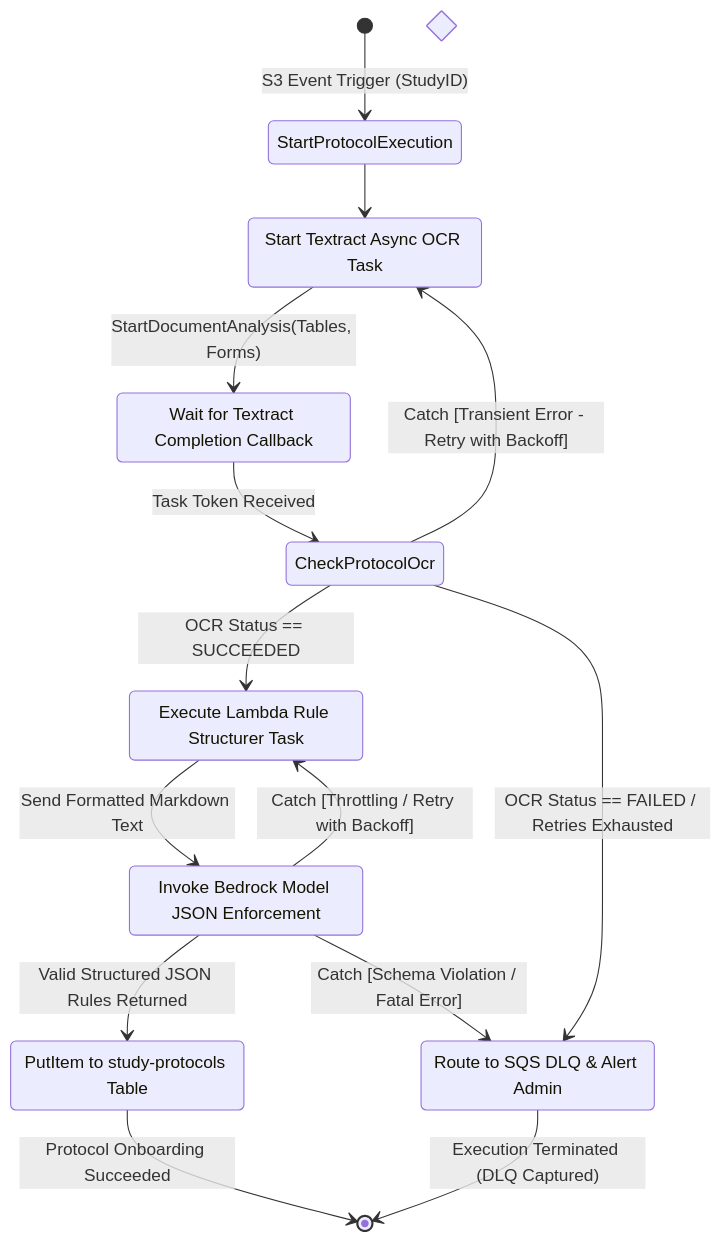
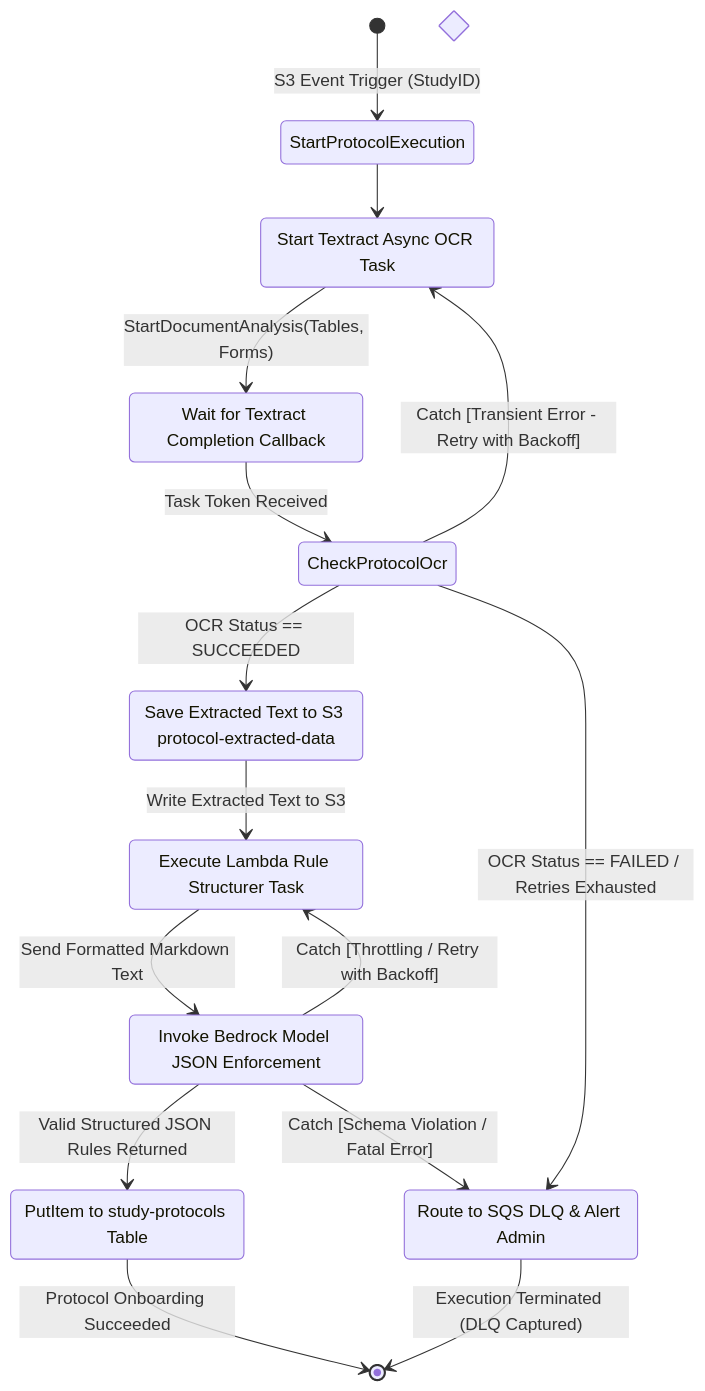
One commit to skarj/aws-solution-medical-agent changed the third of 6 diagrams in Architecture.md. Above: the diagram before and after it, drawn with Mermaid. The commit also changed other lines of this file and 4 other files, not shown here.

Commit message:
Change Diagrams

````diff
--- a/Architecture.md
+++ b/Architecture.md
@@ -77,28 +80,30 @@
 ```mermaid
 stateDiagram-v2
     [*] --> StartProtocolExecution: S3 Event Trigger (StudyID)
     
     state "Start Textract Async OCR Task" as StartProtocolOcr
     state "Wait for Textract Completion Callback" as WaitForProtocolOcr
     state "Check OCR Status" as CheckProtocolOcr <<choice>>
+    state "Save Extracted Text to S3 protocol-extracted-data" as SaveProtocolText
     state "Execute Lambda Rule Structurer Task" as LambdaExtractRules
     state "Invoke Bedrock Model JSON Enforcement" as BedrockRulePrompt
     state "PutItem to study-protocols Table" as PersistProtocolRules
     state "Route to SQS DLQ & Alert Admin" as ProtocolErrorState
 
     StartProtocolExecution --> StartProtocolOcr
     StartProtocolOcr --> WaitForProtocolOcr: StartDocumentAnalysis(Tables, Forms)
     WaitForProtocolOcr --> CheckProtocolOcr: Task Token Received
     
-    CheckProtocolOcr --> LambdaExtractRules: OCR Status == SUCCEEDED
+    CheckProtocolOcr --> SaveProtocolText: OCR Status == SUCCEEDED
     CheckProtocolOcr --> StartProtocolOcr: Catch [Transient Error - Retry with Backoff]
     CheckProtocolOcr --> ProtocolErrorState: OCR Status == FAILED / Retries Exhausted
 
+    SaveProtocolText --> LambdaExtractRules: Write Extracted Text to S3
     LambdaExtractRules --> BedrockRulePrompt: Send Formatted Markdown Text
     BedrockRulePrompt --> PersistProtocolRules: Valid Structured JSON Rules Returned
     BedrockRulePrompt --> LambdaExtractRules: Catch [Throttling / Retry with Backoff]
     BedrockRulePrompt --> ProtocolErrorState: Catch [Schema Violation / Fatal Error]
 
     PersistProtocolRules --> [*]: Protocol Onboarding Succeeded
     ProtocolErrorState --> [*]: Execution Terminated (DLQ Captured)
 ```
````
